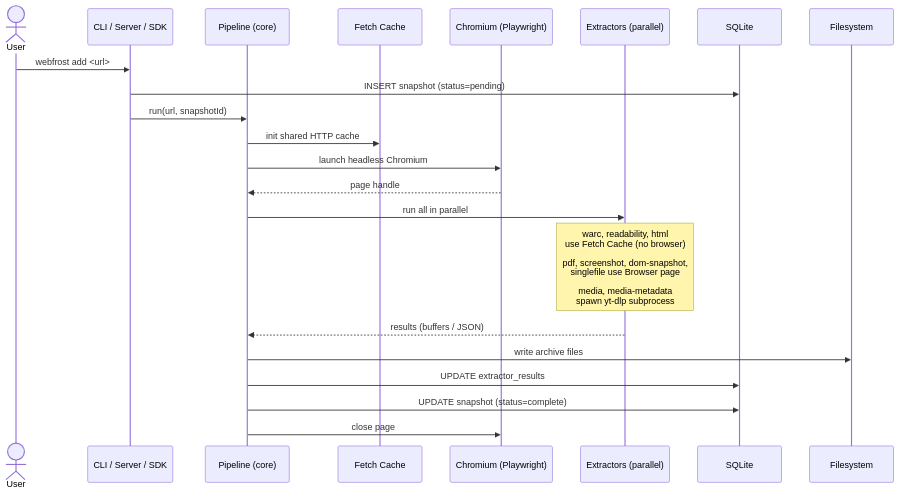
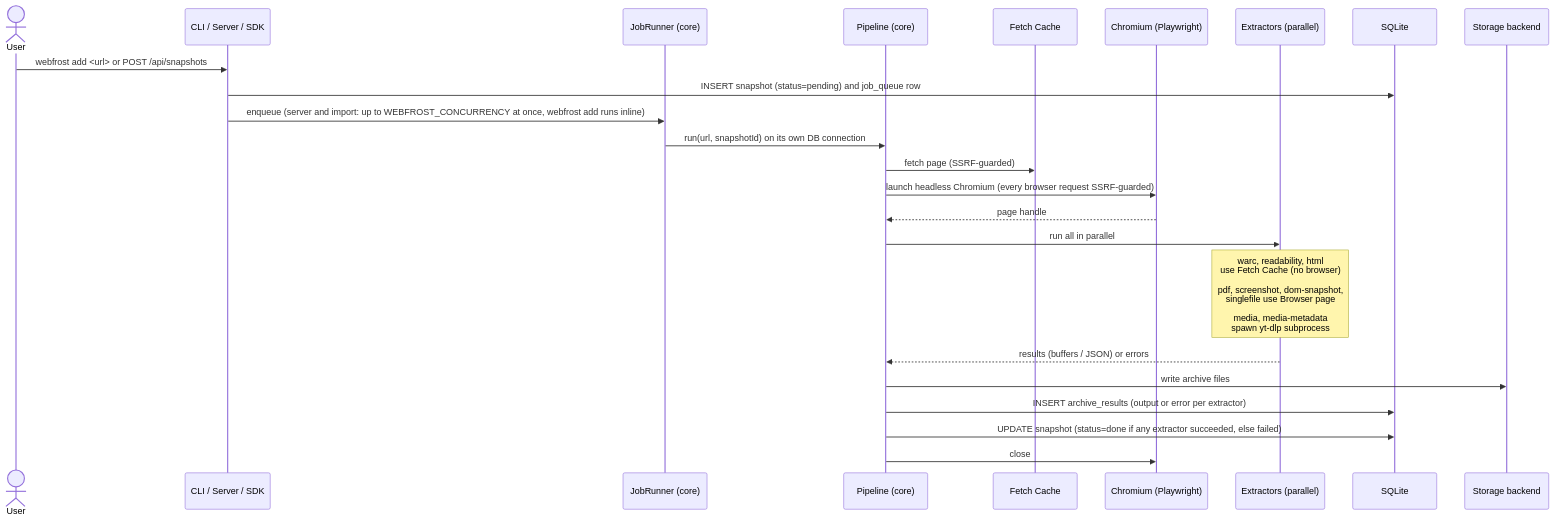
Before and after one commit to gtkatakura/webfrost: the first of 4 diagrams in docs/architecture/pipeline.md, drawn with Mermaid. The commit also changed other lines of this file and 55 other files, not shown here.

````diff
--- a/docs/architecture/pipeline.md
+++ b/docs/architecture/pipeline.md
@@ -14,29 +14,31 @@
 ```mermaid
 sequenceDiagram
   actor User
   participant CLI as CLI / Server / SDK
+  participant Runner as JobRunner (core)
   participant Pipeline as Pipeline (core)
   participant Cache as Fetch Cache
   participant Browser as Chromium (Playwright)
   participant Extractors as Extractors (parallel)
   participant DB as SQLite
-  participant FS as Filesystem
+  participant FS as Storage backend
 
-  User->>CLI: webfrost add <url>
-  CLI->>DB: INSERT snapshot (status=pending)
-  CLI->>Pipeline: run(url, snapshotId)
+  User->>CLI: webfrost add <url> or POST /api/snapshots
+  CLI->>DB: INSERT snapshot (status=pending) and job_queue row
+  CLI->>Runner: enqueue (server and import: up to WEBFROST_CONCURRENCY at once, webfrost add runs inline)
+  Runner->>Pipeline: run(url, snapshotId) on its own DB connection
 
-  Pipeline->>Cache: init shared HTTP cache
-  Pipeline->>Browser: launch headless Chromium
+  Pipeline->>Cache: fetch page (SSRF-guarded)
+  Pipeline->>Browser: launch headless Chromium (every browser request SSRF-guarded)
   Browser-->>Pipeline: page handle
 
   Pipeline->>Extractors: run all in parallel
   note over Extractors: warc, readability, html<br/>use Fetch Cache (no browser)<br/><br/>pdf, screenshot, dom-snapshot,<br/>singlefile use Browser page<br/><br/>media, media-metadata<br/>spawn yt-dlp subprocess
 
-  Extractors-->>Pipeline: results (buffers / JSON)
+  Extractors-->>Pipeline: results (buffers / JSON) or errors
 
   Pipeline->>FS: write archive files
-  Pipeline->>DB: UPDATE extractor_results
-  Pipeline->>DB: UPDATE snapshot (status=complete)
-  Pipeline->>Browser: close page
+  Pipeline->>DB: INSERT archive_results (output or error per extractor)
+  Pipeline->>DB: UPDATE snapshot (status=done if any extractor succeeded, else failed)
+  Pipeline->>Browser: close
 ```
````
